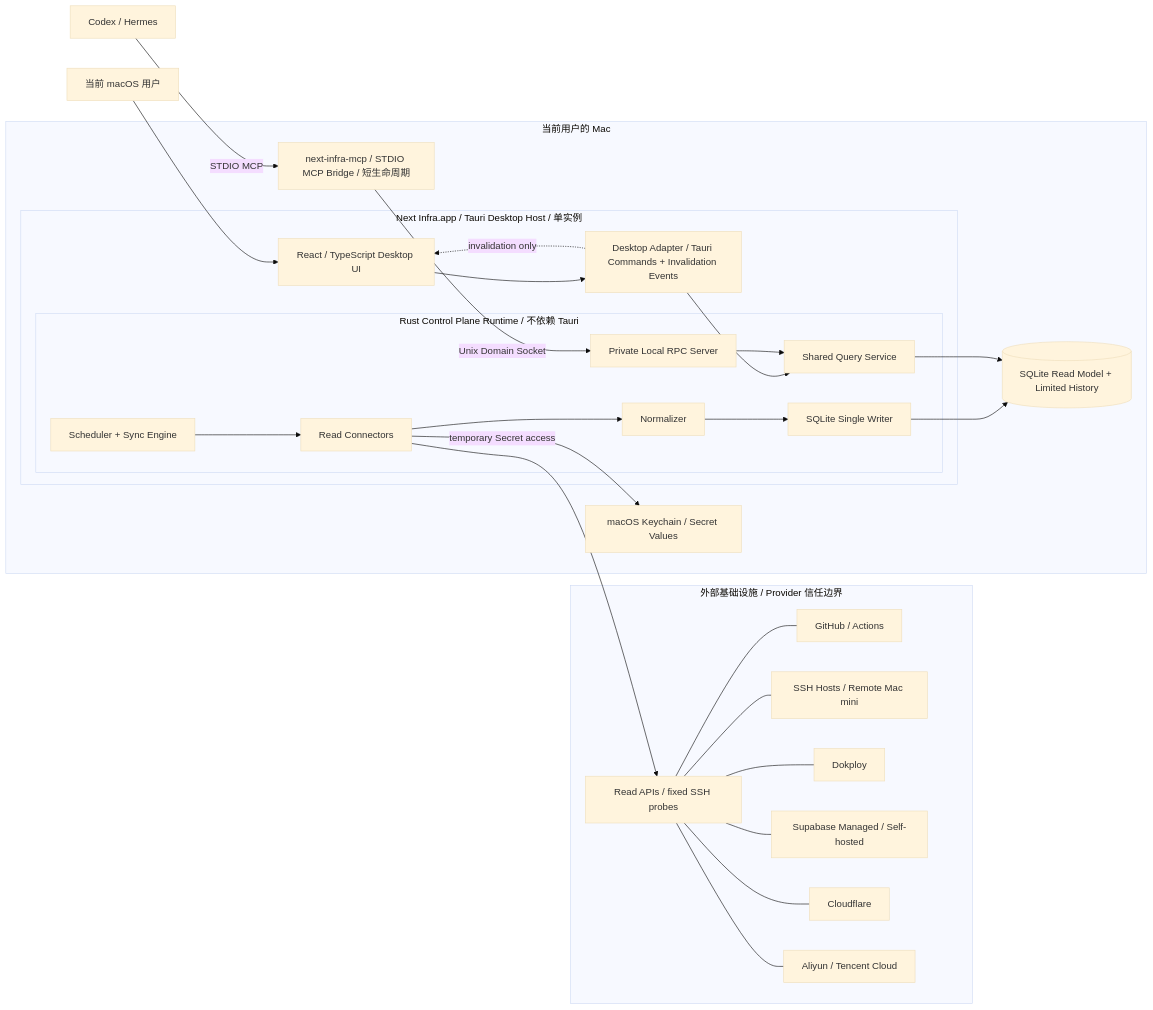
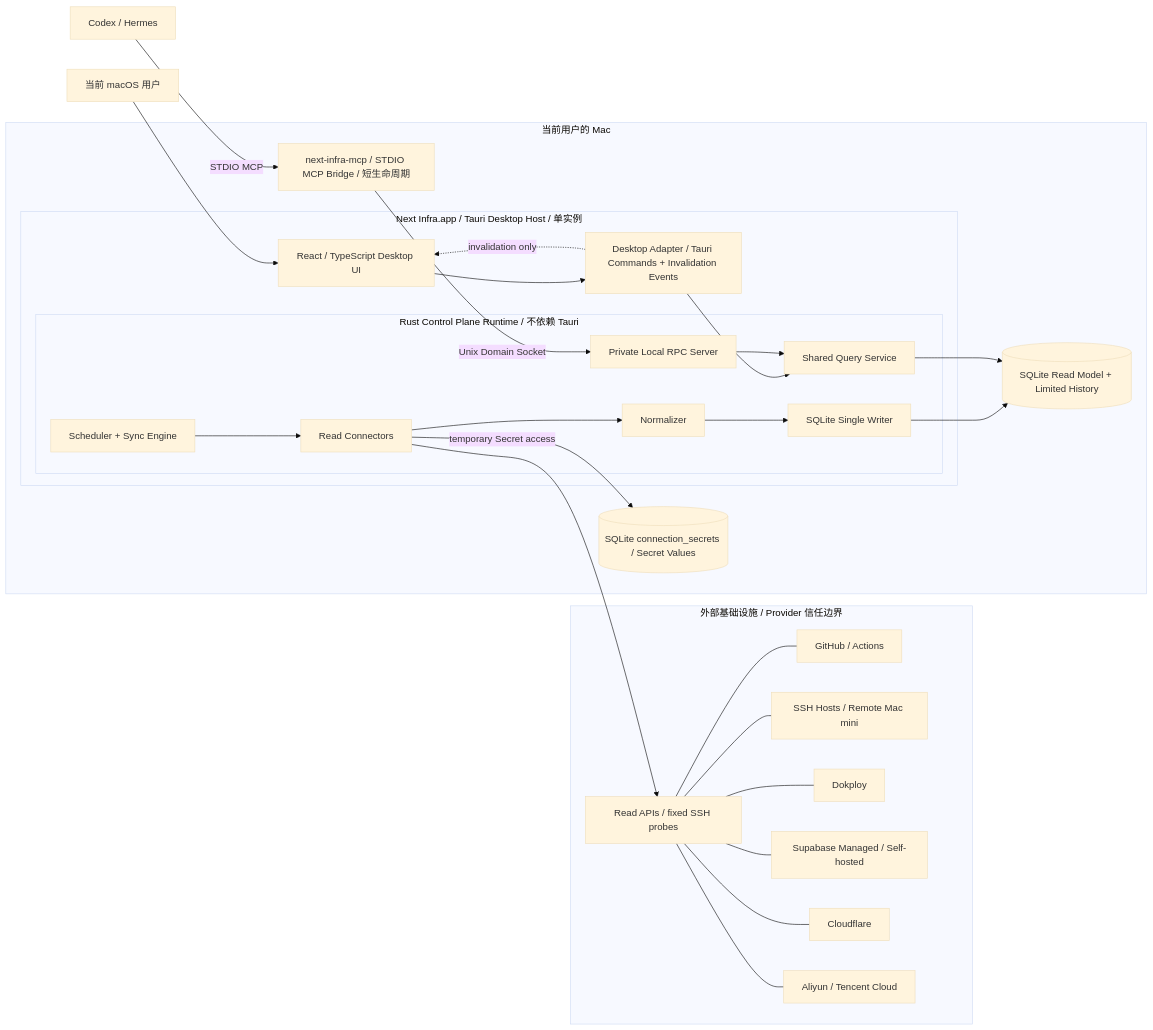
One commit to sunny0826/next-infra changed the first of 7 diagrams in docs/design/architecture-diagrams.md. Above: the diagram before and after it, drawn with Mermaid (base theme). The commit also changed other lines of this file and 24 other files, not shown here.

````diff
--- a/docs/design/architecture-diagrams.md
+++ b/docs/design/architecture-diagrams.md
@@ -12,59 +12,59 @@
 ```mermaid
 flowchart LR
     User["当前 macOS 用户"]
     Agents["Codex / Hermes"]
 
     subgraph Providers["外部基础设施 / Provider 信任边界"]
         ProviderAccess["Read APIs / fixed SSH probes"]
         GitHub["GitHub / Actions"]
         SSH["SSH Hosts / Remote Mac mini"]
         Dokploy["Dokploy"]
         Supabase["Supabase Managed / Self-hosted"]
         Cloudflare["Cloudflare"]
         Clouds["Aliyun / Tencent Cloud"]
 
         ProviderAccess --- GitHub
         ProviderAccess --- SSH
         ProviderAccess --- Dokploy
         ProviderAccess --- Supabase
         ProviderAccess --- Cloudflare
         ProviderAccess --- Clouds
     end
 
     subgraph Machine["当前用户的 Mac"]
         subgraph Host["Next Infra.app / Tauri Desktop Host / 单实例"]
             UI["React / TypeScript Desktop UI"]
             Adapter["Desktop Adapter / Tauri Commands + Invalidation Events"]
 
             subgraph Runtime["Rust Control Plane Runtime / 不依赖 Tauri"]
                 Query["Shared Query Service"]
                 Sync["Scheduler + Sync Engine"]
                 Connectors["Read Connectors"]
                 Normalizer["Normalizer"]
                 Writer["SQLite Single Writer"]
                 LocalRPC["Private Local RPC Server"]
             end
         end
 
         Bridge["next-infra-mcp / STDIO MCP Bridge / 短生命周期"]
         SQLite[("SQLite Read Model + Limited History")]
-        Keychain["macOS Keychain / Secret Values"]
+        Secrets[("SQLite connection_secrets / Secret Values")]
     end
 
     User --> UI
     UI --> Adapter
     Adapter --> Query
     Adapter -.->|"invalidation only"| UI
 
     Agents -->|"STDIO MCP"| Bridge
     Bridge -->|"Unix Domain Socket"| LocalRPC
     LocalRPC --> Query
 
     Sync --> Connectors
     Connectors --> ProviderAccess
     Connectors --> Normalizer
     Normalizer --> Writer
-    Connectors -->|"temporary Secret access"| Keychain
+    Connectors -->|"temporary Secret access"| Secrets
     Writer --> SQLite
     Query --> SQLite
 ```
````
